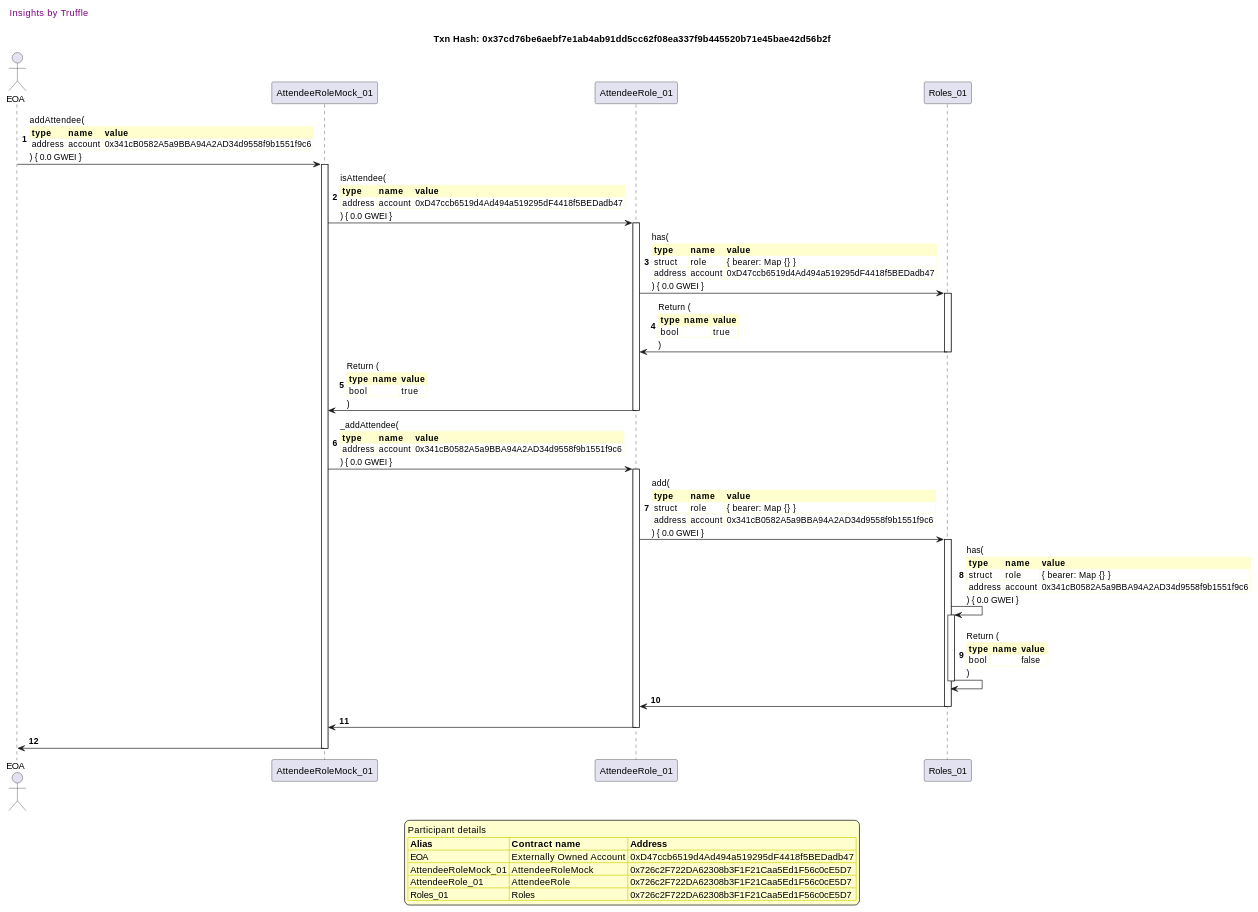
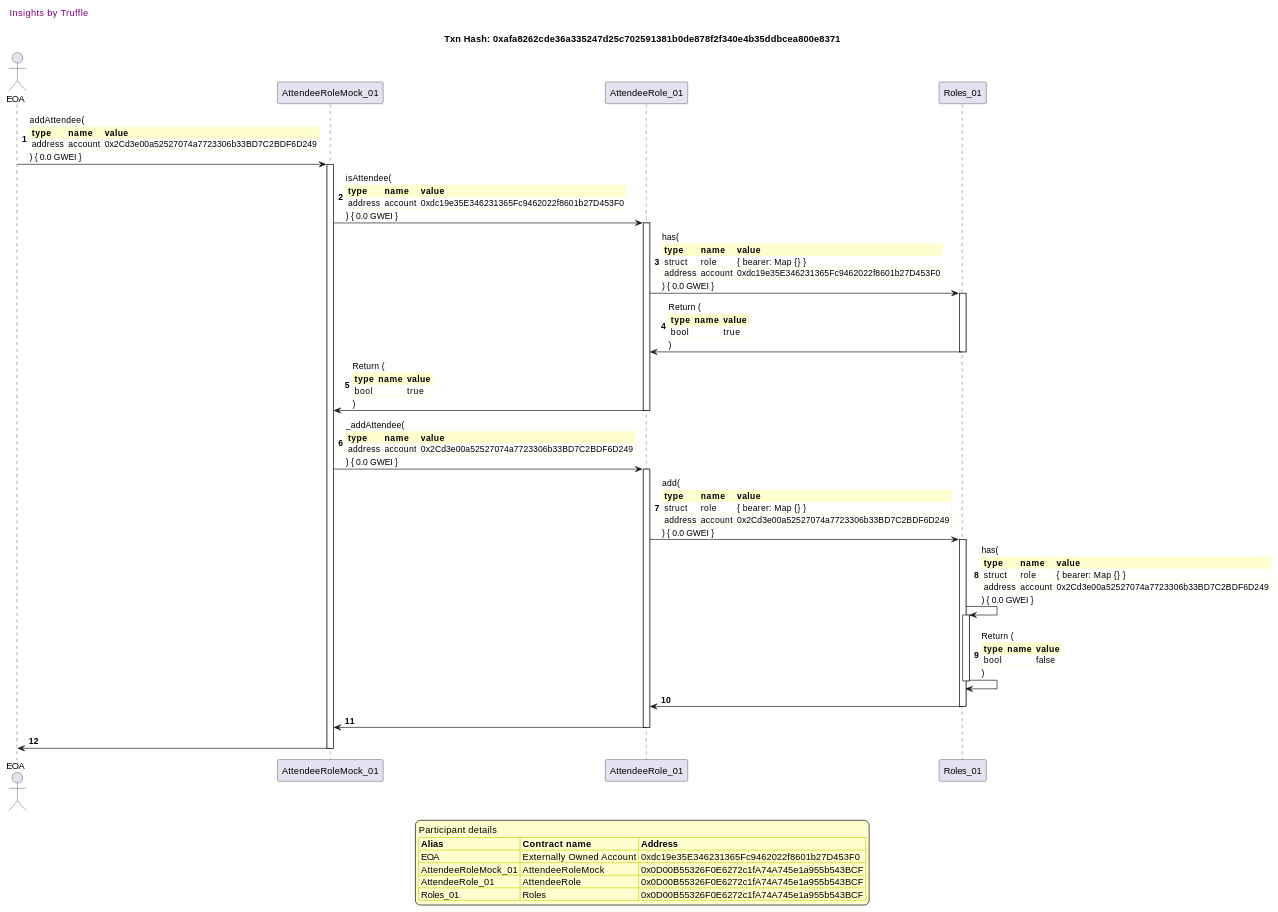
One commit to fodisi/hackapay changed diagram 13 of 41 in truffle-seq/roles_attendeerole.md. Above: the diagram before and after it, drawn with PlantUML. The commit also changed other lines of this file and 10 other files, not shown here.

````diff
--- a/truffle-seq/roles_attendeerole.md
+++ b/truffle-seq/roles_attendeerole.md
@@ -962,81 +962,81 @@
 ```plantuml
 
 
 @startuml
 
 autonumber
 skinparam legendBackgroundColor #FEFECE
 
 <style>
       header {
         HorizontalAlignment left
         FontColor purple
         FontSize 14
         Padding 10
       }
     </style>
 
 header Insights by Truffle
 
-title Txn Hash: 0x37cd76be6aebf7e1ab4ab91dd5cc62f08ea337f9b445520b71e45bae42d56b2f
+title Txn Hash: 0xafa8262cde36a335247d25c702591381b0de878f2f340e4b35ddbcea800e8371
 
 
 actor EOA as "EOA"
 participant AttendeeRoleMock_01 as "AttendeeRoleMock_01"
 participant AttendeeRole_01 as "AttendeeRole_01"
 participant Roles_01 as "Roles_01"
 
 "EOA" -> "AttendeeRoleMock_01" ++: addAttendee(\n\
 <#FEFECE,#FEFECE>|= type |= name |= value |\n\
-| address | account | 0x341cB0582A5a9BBA94A2AD34d9558f9b1551f9c6 |\n\
+| address | account | 0x2Cd3e00a52527074a7723306b33BD7C2BDF6D249 |\n\
 ) { 0.0 GWEI }
 "AttendeeRoleMock_01" -> "AttendeeRole_01" ++: isAttendee(\n\
 <#FEFECE,#FEFECE>|= type |= name |= value |\n\
-| address | account | 0xD47ccb6519d4Ad494a519295dF4418f5BEDadb47 |\n\
+| address | account | 0xdc19e35E346231365Fc9462022f8601b27D453F0 |\n\
 ) { 0.0 GWEI }
 "AttendeeRole_01" -> "Roles_01" ++: has(\n\
 <#FEFECE,#FEFECE>|= type |= name |= value |\n\
 | struct | role | { bearer: Map {} } |\n\
-| address | account | 0xD47ccb6519d4Ad494a519295dF4418f5BEDadb47 |\n\
+| address | account | 0xdc19e35E346231365Fc9462022f8601b27D453F0 |\n\
 ) { 0.0 GWEI }
 "Roles_01" -> "AttendeeRole_01" --: Return (\n\
 <#FEFECE,#FEFECE>|= type |= name |= value |\n\
 | bool |  | true |\n\
 )
 "AttendeeRole_01" -> "AttendeeRoleMock_01" --: Return (\n\
 <#FEFECE,#FEFECE>|= type |= name |= value |\n\
 | bool |  | true |\n\
 )
 "AttendeeRoleMock_01" -> "AttendeeRole_01" ++: _addAttendee(\n\
 <#FEFECE,#FEFECE>|= type |= name |= value |\n\
-| address | account | 0x341cB0582A5a9BBA94A2AD34d9558f9b1551f9c6 |\n\
+| address | account | 0x2Cd3e00a52527074a7723306b33BD7C2BDF6D249 |\n\
 ) { 0.0 GWEI }
 "AttendeeRole_01" -> "Roles_01" ++: add(\n\
 <#FEFECE,#FEFECE>|= type |= name |= value |\n\
 | struct | role | { bearer: Map {} } |\n\
-| address | account | 0x341cB0582A5a9BBA94A2AD34d9558f9b1551f9c6 |\n\
+| address | account | 0x2Cd3e00a52527074a7723306b33BD7C2BDF6D249 |\n\
 ) { 0.0 GWEI }
 "Roles_01" -> "Roles_01" ++: has(\n\
 <#FEFECE,#FEFECE>|= type |= name |= value |\n\
 | struct | role | { bearer: Map {} } |\n\
-| address | account | 0x341cB0582A5a9BBA94A2AD34d9558f9b1551f9c6 |\n\
+| address | account | 0x2Cd3e00a52527074a7723306b33BD7C2BDF6D249 |\n\
 ) { 0.0 GWEI }
 "Roles_01" -> "Roles_01" --: Return (\n\
 <#FEFECE,#FEFECE>|= type |= name |= value |\n\
 | bool |  | false |\n\
 )
 "Roles_01" -> "AttendeeRole_01" --: 
 "AttendeeRole_01" -> "AttendeeRoleMock_01" --: 
 "AttendeeRoleMock_01" -> "EOA" --: 
 
 legend
 Participant details
 <#FEFECE,#D0D000>|= Alias |= Contract name |= Address |
-<#FEFECE>| EOA | Externally Owned Account | 0xD47ccb6519d4Ad494a519295dF4418f5BEDadb47 |
-<#FEFECE>| AttendeeRoleMock_01 | AttendeeRoleMock | 0x726c2F722DA62308b3F1F21Caa5Ed1F56c0cE5D7 |
-<#FEFECE>| AttendeeRole_01 | AttendeeRole | 0x726c2F722DA62308b3F1F21Caa5Ed1F56c0cE5D7 |
-<#FEFECE>| Roles_01 | Roles | 0x726c2F722DA62308b3F1F21Caa5Ed1F56c0cE5D7 |
+<#FEFECE>| EOA | Externally Owned Account | 0xdc19e35E346231365Fc9462022f8601b27D453F0 |
+<#FEFECE>| AttendeeRoleMock_01 | AttendeeRoleMock | 0x0D00B55326F0E6272c1fA74A745e1a955b543BCF |
+<#FEFECE>| AttendeeRole_01 | AttendeeRole | 0x0D00B55326F0E6272c1fA74A745e1a955b543BCF |
+<#FEFECE>| Roles_01 | Roles | 0x0D00B55326F0E6272c1fA74A745e1a955b543BCF |
 endlegend
 
 @enduml
 ```
````
